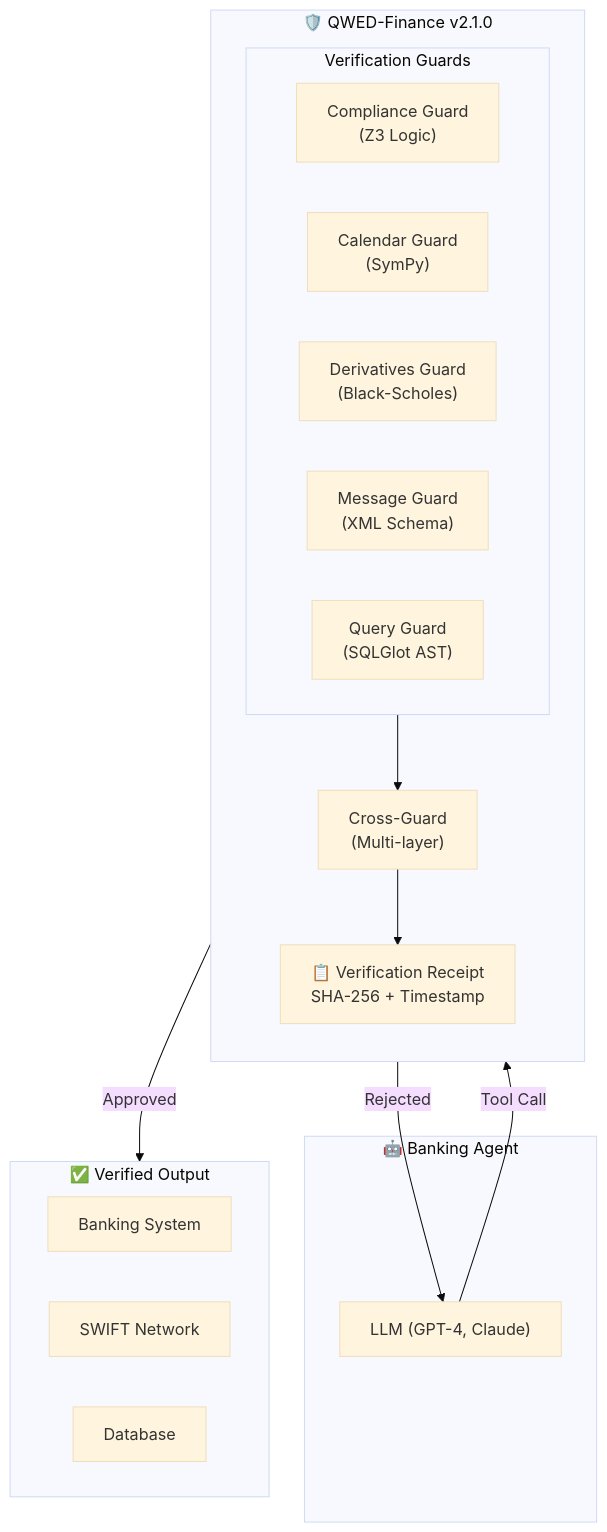
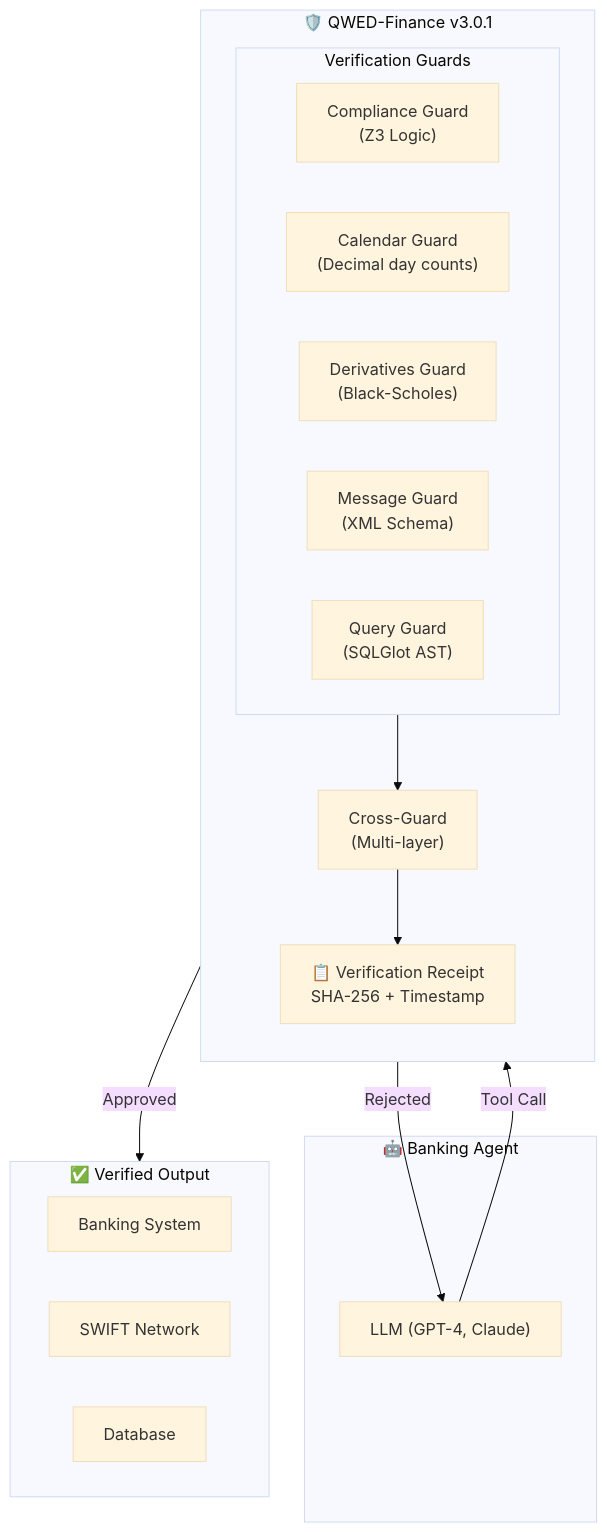
One commit to QWED-AI/docs changed the first of 4 diagrams in finance/overview.mdx. Above: the diagram before and after it, drawn with Mermaid (base theme). The commit also changed other lines of this file and 7 other files, not shown here.

First line of the commit message:
docs(finance): align finance pages with qwed-finance 3.0.1 (#305)

````diff
--- a/finance/overview.mdx
+++ b/finance/overview.mdx
@@ -67,31 +67,31 @@
 ```mermaid
 flowchart TB
     subgraph Agent["🤖 Banking Agent"]
         LLM["LLM (GPT-4, Claude)"]
     end
     
-    subgraph QWED["🛡️ QWED-Finance v2.1.0"]
+    subgraph QWED["🛡️ QWED-Finance v3.0.1"]
         direction TB
         subgraph Guards["Verification Guards"]
             CG["Compliance Guard<br/>(Z3 Logic)"]
-            CAL["Calendar Guard<br/>(SymPy)"]
+            CAL["Calendar Guard<br/>(Decimal day counts)"]
             DG["Derivatives Guard<br/>(Black-Scholes)"]
             MG["Message Guard<br/>(XML Schema)"]
             QG["Query Guard<br/>(SQLGlot AST)"]
         end
         XG["Cross-Guard<br/>(Multi-layer)"]
         Receipt["📋 Verification Receipt<br/>SHA-256 + Timestamp"]
     end
     
     subgraph Output["✅ Verified Output"]
         Bank["Banking System"]
         SWIFT["SWIFT Network"]
         DB["Database"]
     end
     
     LLM -->|"Tool Call"| Guards
     Guards --> XG
     XG --> Receipt
     Receipt -->|"Approved"| Output
     Receipt -->|"Rejected"| LLM
 ```
````
